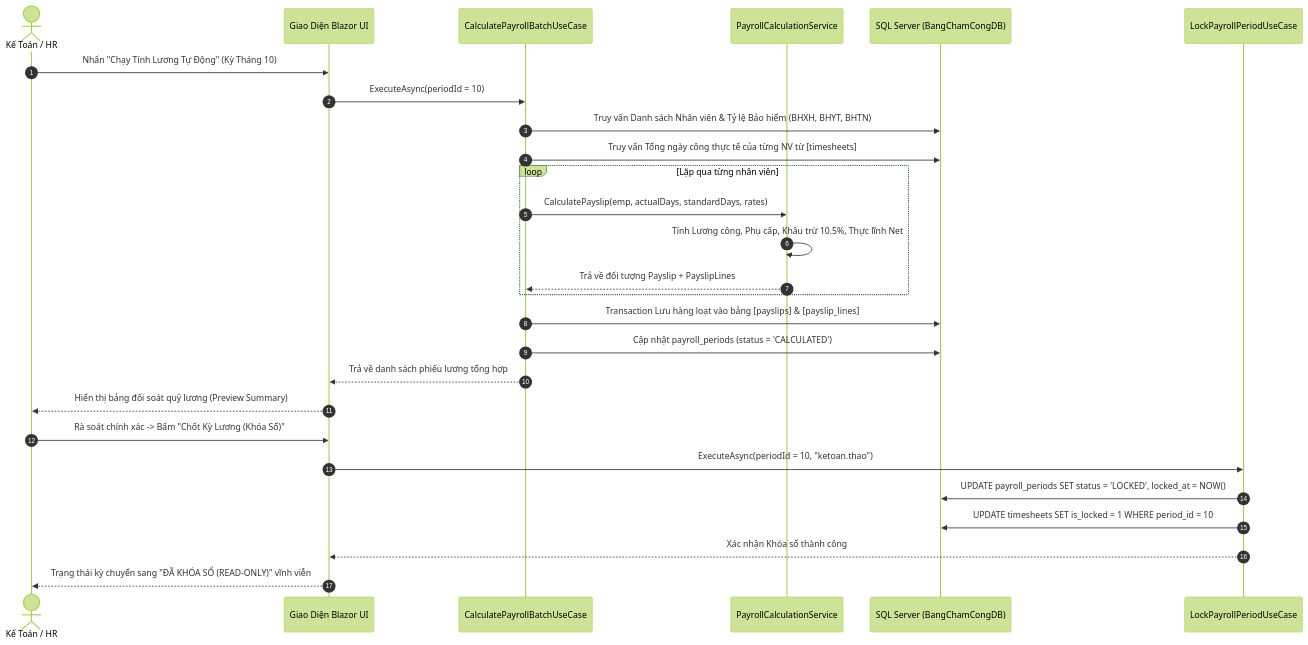
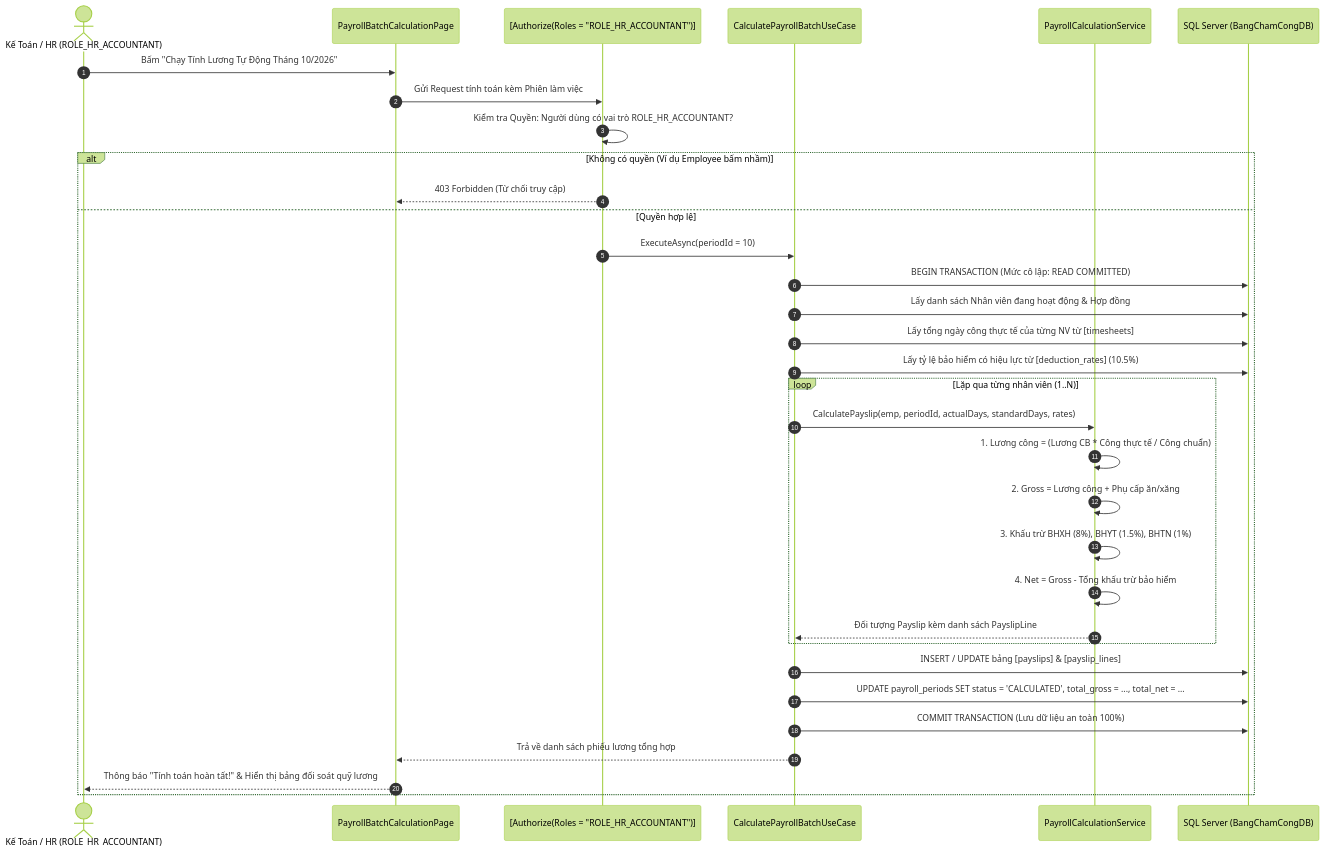
One commit to ManhCuong-Code/TimesheetPayroll changed the seventh of 13 diagrams in README.md. Above: the diagram before and after it, drawn with Mermaid (forest theme). The commit also changed other lines of this file, not shown here.

Commit message:
docs: Day du 13 so do UML he thong tren README dong bo dang nhap va phan quyen RBAC

````diff
--- a/README.md
+++ b/README.md
@@ -361,33 +511,39 @@
 ```mermaid
 sequenceDiagram
     autonumber
-    actor HR as Kế Toán / HR
-    participant UI as Giao Diện Blazor UI
-    participant CalcUC as CalculatePayrollBatchUseCase
+    actor HR as Kế Toán / HR (ROLE_HR_ACCOUNTANT)
+    participant UI as PayrollBatchCalculationPage
+    participant Guard as [Authorize(Roles = "ROLE_HR_ACCOUNTANT")]
+    participant UseCase as CalculatePayrollBatchUseCase
     participant Engine as PayrollCalculationService
     participant DB as SQL Server (BangChamCongDB)
-    participant LockUC as LockPayrollPeriodUseCase
 
-    HR->>UI: Nhấn "Chạy Tính Lương Tự Động" (Kỳ Tháng 10)
-    UI->>CalcUC: ExecuteAsync(periodId = 10)
-    CalcUC->>DB: Truy vấn Danh sách Nhân viên & Tỷ lệ Bảo hiểm (BHXH, BHYT, BHTN)
-    CalcUC->>DB: Truy vấn Tổng ngày công thực tế của từng NV từ [timesheets]
+    HR->>UI: Bấm "Chạy Tính Lương Tự Động Tháng 10/2026"
+    UI->>Guard: Gửi Request tính toán kèm Phiên làm việc
+    Guard->>Guard: Kiểm tra Quyền: Người dùng có vai trò ROLE_HR_ACCOUNTANT?
     
-    loop Lặp qua từng nhân viên
-        CalcUC->>Engine: CalculatePayslip(emp, actualDays, standardDays, rates)
-        Engine->>Engine: Tính Lương công, Phụ cấp, Khấu trừ 10.5%, Thực lĩnh Net
-        Engine-->>CalcUC: Trả về đối tượng Payslip + PayslipLines
+    alt Không có quyền (Ví dụ Employee bấm nhầm)
+        Guard-->>UI: 403 Forbidden (Từ chối truy cập)
+    else Quyền hợp lệ
+        Guard->>UseCase: ExecuteAsync(periodId = 10)
+        UseCase->>DB: BEGIN TRANSACTION (Mức cô lập: READ COMMITTED)
+        UseCase->>DB: Lấy danh sách Nhân viên đang hoạt động & Hợp đồng
+        UseCase->>DB: Lấy tổng ngày công thực tế của từng NV từ [timesheets]
+        UseCase->>DB: Lấy tỷ lệ bảo hiểm có hiệu lực từ [deduction_rates] (10.5%)
+
+        loop Lặp qua từng nhân viên (1..N)
+            UseCase->>Engine: CalculatePayslip(emp, periodId, actualDays, standardDays, rates)
+            Engine->>Engine: 1. Lương công = (Lương CB * Công thực tế / Công chuẩn)
+            Engine->>Engine: 2. Gross = Lương công + Phụ cấp ăn/xăng
+            Engine->>Engine: 3. Khấu trừ BHXH (8%), BHYT (1.5%), BHTN (1%)
+            Engine->>Engine: 4. Net = Gross - Tổng khấu trừ bảo hiểm
+            Engine-->>UseCase: Đối tượng Payslip kèm danh sách PayslipLine
+        end
+
+        UseCase->>DB: INSERT / UPDATE bảng [payslips] & [payslip_lines]
+        UseCase->>DB: UPDATE payroll_periods SET status = 'CALCULATED', total_gross = ..., total_net = ...
+        UseCase->>DB: COMMIT TRANSACTION (Lưu dữ liệu an toàn 100%)
+        UseCase-->>UI: Trả về danh sách phiếu lương tổng hợp
+        UI-->>HR: Thông báo "Tính toán hoàn tất!" & Hiển thị bảng đối soát quỹ lương
     end
-
-    CalcUC->>DB: Transaction Lưu hàng loạt vào bảng [payslips] & [payslip_lines]
-    CalcUC->>DB: Cập nhật payroll_periods (status = 'CALCULATED')
-    CalcUC-->>UI: Trả về danh sách phiếu lương tổng hợp
-    UI-->>HR: Hiển thị bảng đối soát quỹ lương (Preview Summary)
-
-    HR->>UI: Rà soát chính xác -> Bấm "Chốt Kỳ Lương (Khóa Sổ)"
-    UI->>LockUC: ExecuteAsync(periodId = 10, "ketoan.thao")
-    LockUC->>DB: UPDATE payroll_periods SET status = 'LOCKED', locked_at = NOW()
-    LockUC->>DB: UPDATE timesheets SET is_locked = 1 WHERE period_id = 10
-    LockUC-->>UI: Xác nhận Khóa sổ thành công
-    UI-->>HR: Trạng thái kỳ chuyển sang "ĐÃ KHÓA SỔ (READ-ONLY)" vĩnh viễn
 ```
````
